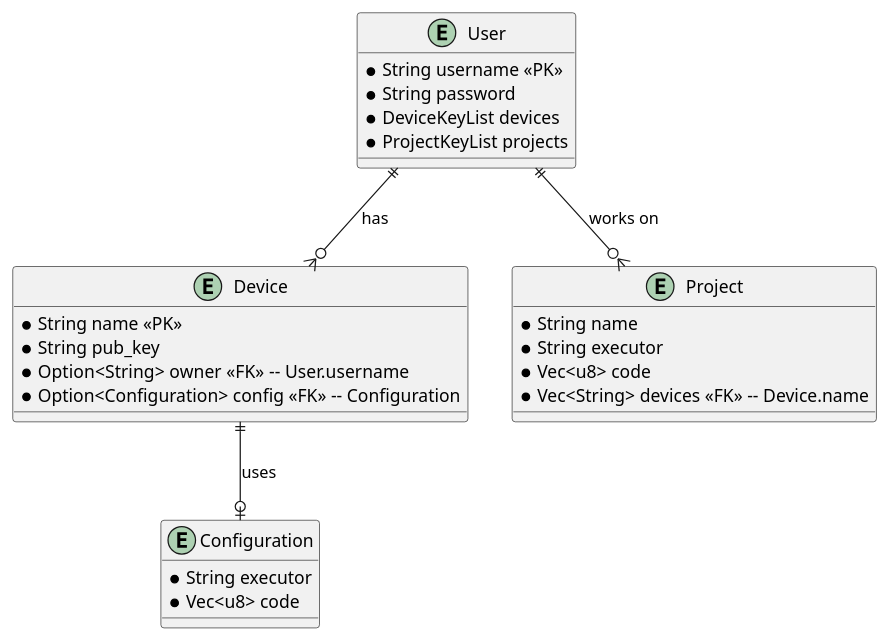
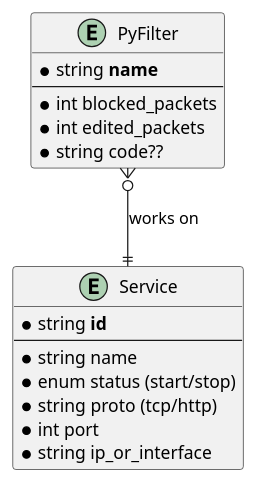
One commit to domysh/engineering-thesis changed the diagram in uml/db.puml. Above: the diagram before and after it, drawn with PlantUML. The commit also changed 2 other files, not shown here.

```diff
--- a/uml/db.puml
+++ b/uml/db.puml
@@ -1,34 +1,25 @@
-@startuml
+@startuml nfproxydb
 
-entity User {
-    *String username <<PK>>
-    *String password
-    *DeviceKeyList devices
-    *ProjectKeyList projects
+
+entity Service {
+    *string **id** 
+    --
+    *string name
+    *enum status (start/stop)
+    *string proto (tcp/http)
+    *int port
+    *string ip_or_interface
 }
 
-entity Device {
-    *String name <<PK>>
-    *String pub_key
-    *Option<String> owner <<FK>> -- User.username
-    *Option<Configuration> config <<FK>> -- Configuration
+entity PyFilter {
+    *string **name**
+    --
+    *int blocked_packets
+    *int edited_packets
+    *string code??
 }
 
-entity Configuration {
-    *String executor
-    *Vec<u8> code
-}
 
-entity Project {
-    *String name
-    *String executor
-    *Vec<u8> code
-    *Vec<String> devices <<FK>> -- Device.name
-}
-
-User ||--o{ Device : "has"
-User ||--o{ Project : "works on"
-
-Device ||--o| Configuration : "uses"
+PyFilter }o--|| Service : "works on"
 
 @enduml
```
